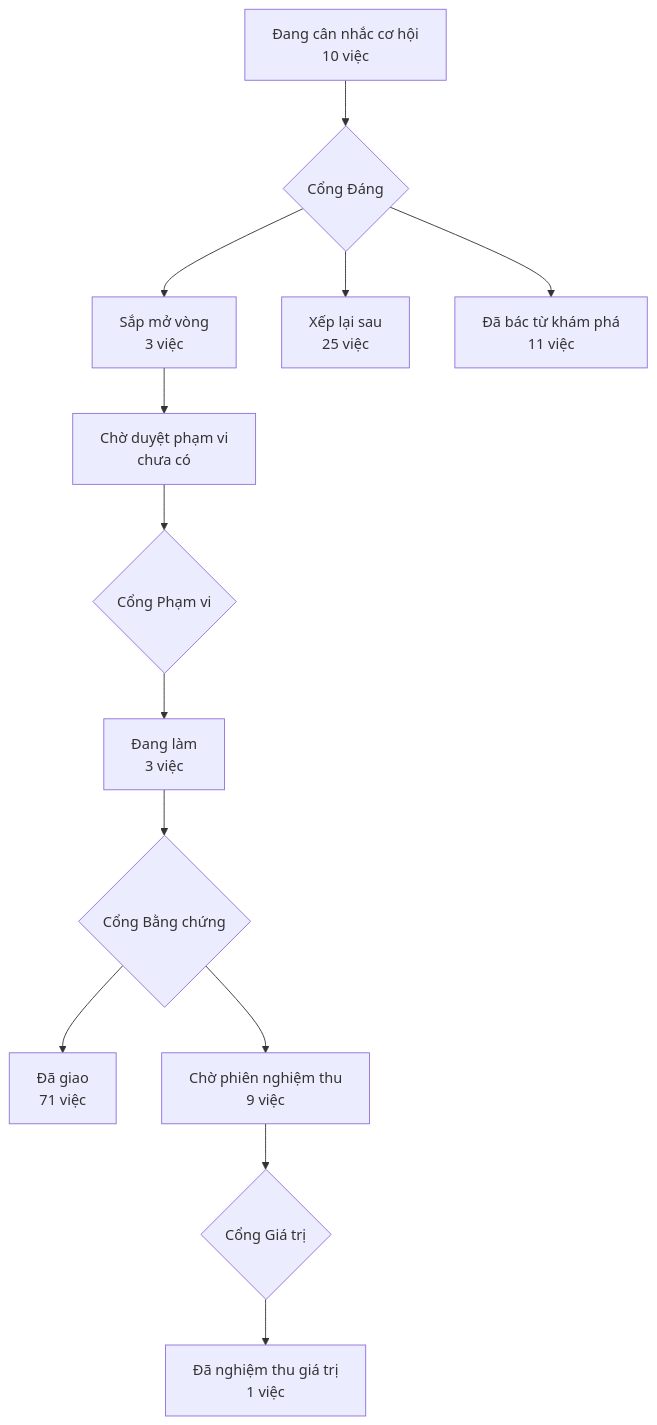
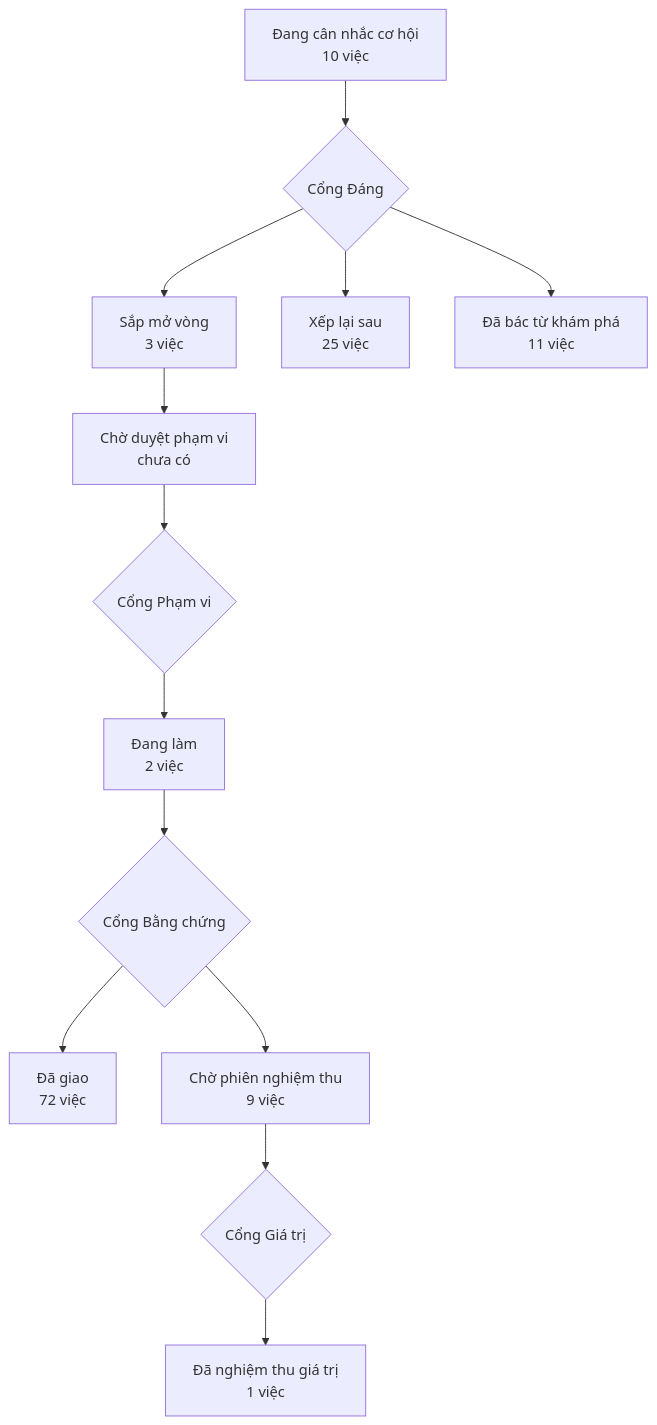
Before and after one commit to phanlemanh/acceptance-gate-kit: the diagram in PRODUCT-MAP.md, drawn with Mermaid. The commit also changed 4 other files, not shown here.

````diff
--- a/PRODUCT-MAP.md
+++ b/PRODUCT-MAP.md
@@ -6,12 +6,12 @@
 ```mermaid
 flowchart TD
   A["Đang cân nhắc cơ hội<br/>10 việc"] --> GD{"Cổng Đáng"}
   GD --> B["Sắp mở vòng<br/>3 việc"]
   GD --> XL["Xếp lại sau<br/>25 việc"]
   GD --> DB["Đã bác từ khám phá<br/>11 việc"]
   B --> CD["Chờ duyệt phạm vi<br/>chưa có"] --> GP{"Cổng Phạm vi"}
-  GP --> DL["Đang làm<br/>3 việc"] --> GB{"Cổng Bằng chứng"}
-  GB --> DG["Đã giao<br/>71 việc"]
+  GP --> DL["Đang làm<br/>2 việc"] --> GB{"Cổng Bằng chứng"}
+  GB --> DG["Đã giao<br/>72 việc"]
   GB --> CN["Chờ phiên nghiệm thu<br/>9 việc"] --> GG{"Cổng Giá trị"}
   GG --> NT["Đã nghiệm thu giá trị<br/>1 việc"]
 ```
````
